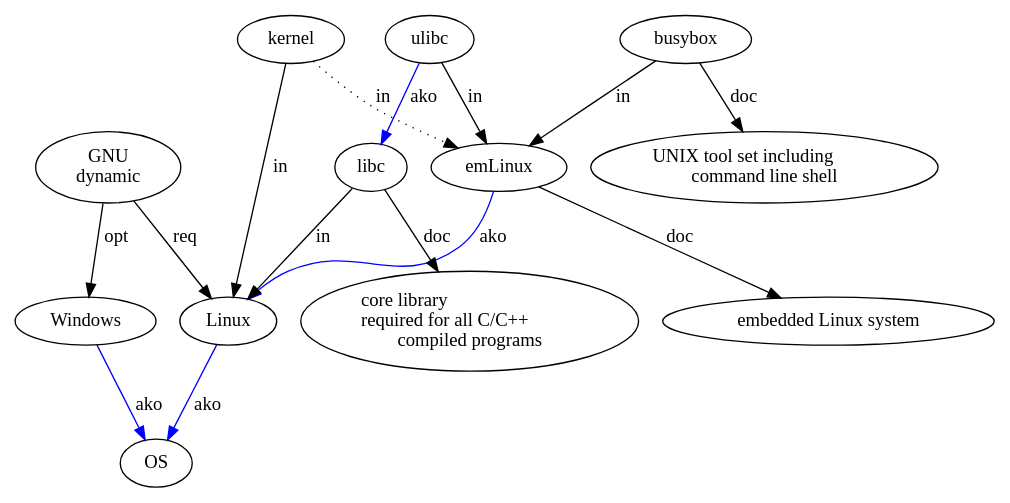
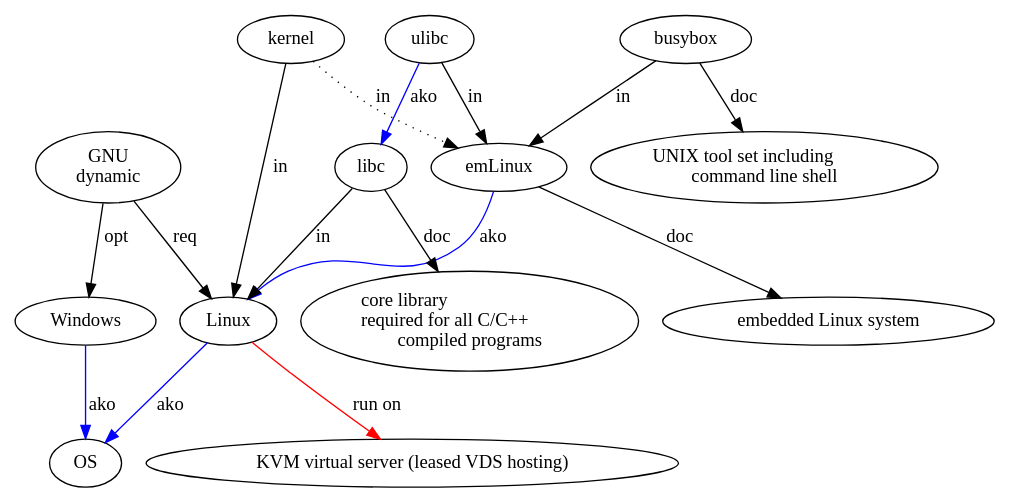
The diagram in doc/cross/00.dot (ponyatov/DLR), drawn with Graphviz before and after one commit. The commit also changed 8 other files, not shown here.

```diff
--- a/doc/cross/00.dot
+++ b/doc/cross/00.dot
@@ -1,18 +1,20 @@
 digraph {
     Linux -> OS [label=ako,color=blue];
     emLinux -> Linux [label=ako,color=blue];
     emLinux -> "embedded Linux system" [label=doc];
     dynamic [label="GNU\ndynamic"];
     dynamic -> Linux [label=req];
     kernel -> Linux [label=in];
     libc -> Linux [label=in];
     busybox -> emLinux [label=in];
     ulibc -> libc [label=ako,color=blue];
     ulibc -> emLinux [label=in];
     libc -> "core library\lrequired for all C/C++\lcompiled programs" [label=doc];
     kernel -> emLinux [label=in,style=dotted];
     busybox -> "UNIX tool set including\lcommand line shell" [label=doc];
     
     Windows -> OS [label=ako,color=blue];
     dynamic -> Windows [label=opt];
+    
+    Linux -> "KVM virtual server (leased VDS hosting)" [label="run on",color=red];
 }
```
